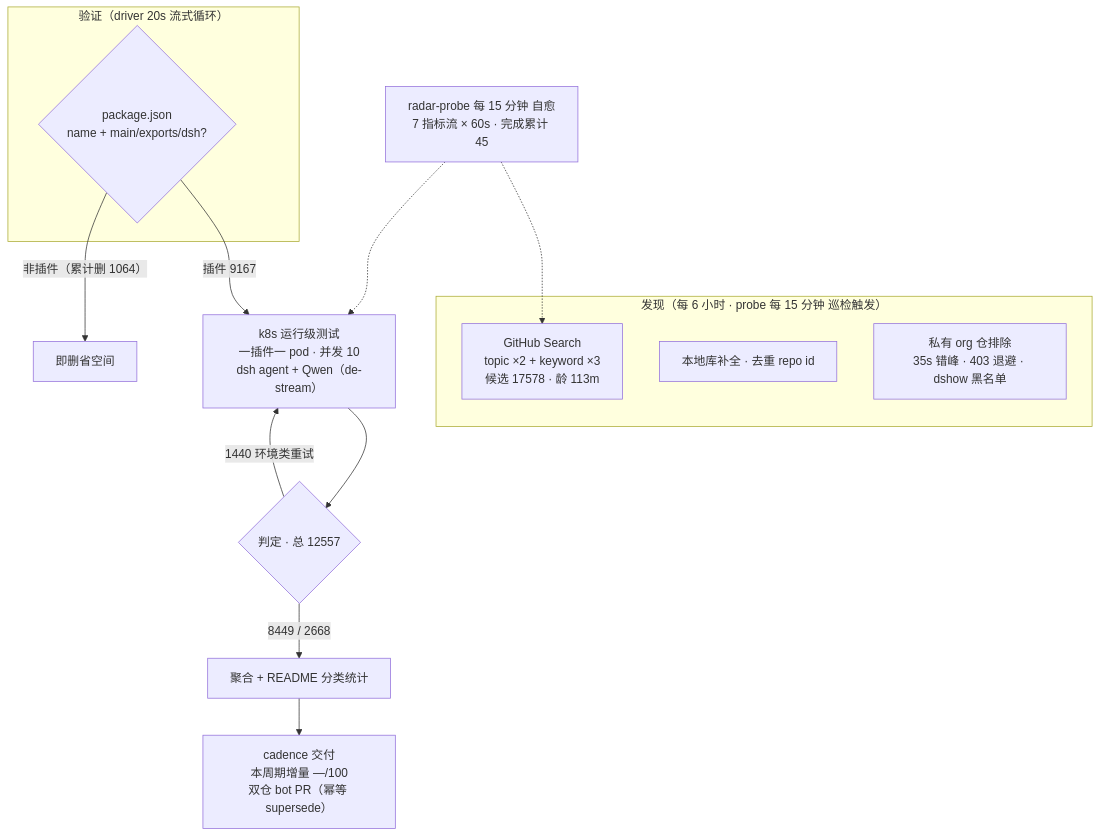
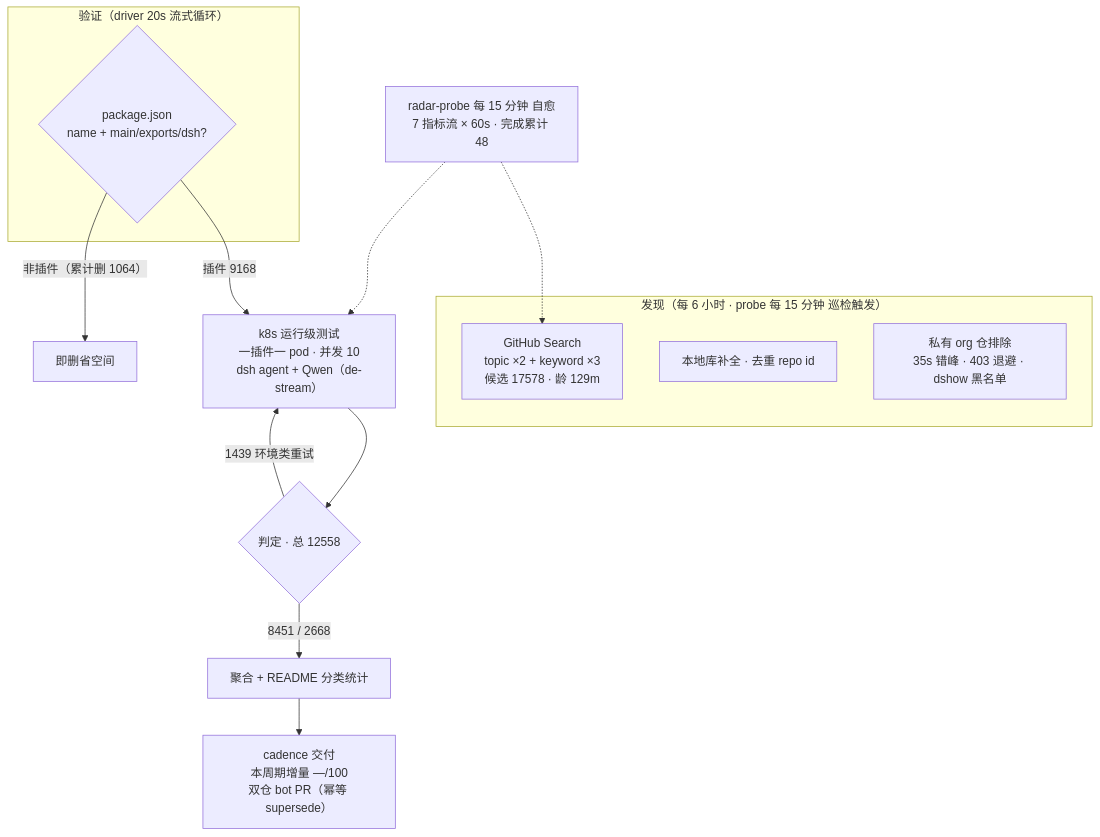
The diagram in README.md (Zhidao-Lab-OSS/awesome-dsh-plugins), drawn with Mermaid before and after one commit. The commit also changed other lines of this file and 1 other file, not shown here.

````diff
--- a/README.md
+++ b/README.md
@@ -52,20 +52,20 @@
 ```mermaid
 flowchart TB
     subgraph Discovery["发现（每 6 小时 · probe 每 15 分钟 巡检触发）"]
-        A1["GitHub Search<br/>topic ×2 + keyword ×3<br/>候选 17578 · 龄 113m"]
+        A1["GitHub Search<br/>topic ×2 + keyword ×3<br/>候选 17578 · 龄 129m"]
         A2["本地库补全 · 去重 repo id"]
         A3["私有 org 仓排除<br/>35s 错峰 · 403 退避 · dshow 黑名单"]
     end
     subgraph Validation["验证（driver 20s 流式循环）"]
         B1{"package.json<br/>name + main/exports/dsh?"}
     end
-    B1 -->|"插件 9167"| C1["k8s 运行级测试<br/>一插件一 pod · 并发 10<br/>dsh agent + Qwen（de-stream）"]
+    B1 -->|"插件 9168"| C1["k8s 运行级测试<br/>一插件一 pod · 并发 10<br/>dsh agent + Qwen（de-stream）"]
     B1 -->|"非插件（累计删 1064）"| B3["即删省空间"]
-    C1 --> D1{"判定 · 总 12557"}
-    D1 -->|"8449 / 2668"| E1["聚合 + README 分类统计"]
-    D1 -->|"1440 环境类重试"| C1
+    C1 --> D1{"判定 · 总 12558"}
+    D1 -->|"8451 / 2668"| E1["聚合 + README 分类统计"]
+    D1 -->|"1439 环境类重试"| C1
     E1 --> E2["cadence 交付<br/>本周期增量 —/100<br/>双仓 bot PR（幂等 supersede）"]
-    M["radar-probe 每 15 分钟 自愈<br/>7 指标流 × 60s · 完成累计 45"]
+    M["radar-probe 每 15 分钟 自愈<br/>7 指标流 × 60s · 完成累计 48"]
     M -.-> A1
     M -.-> C1
 ```
````
